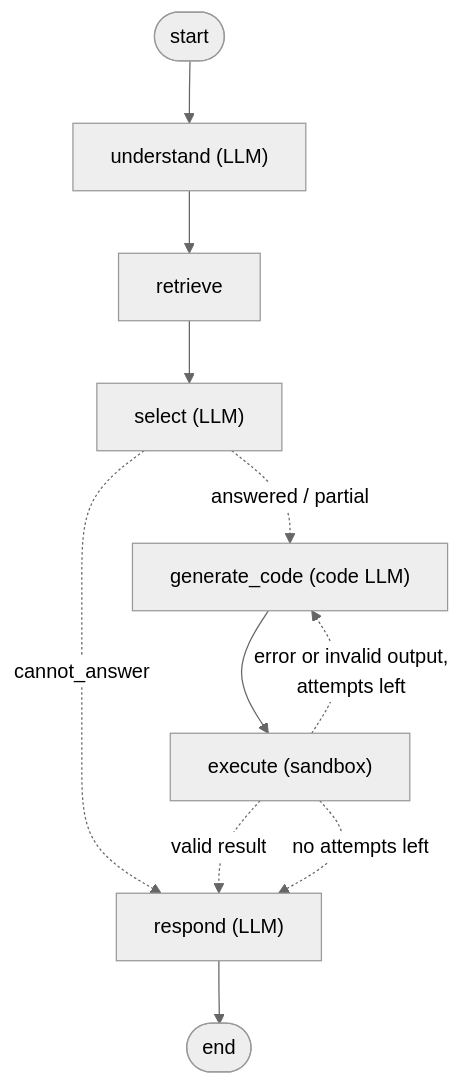
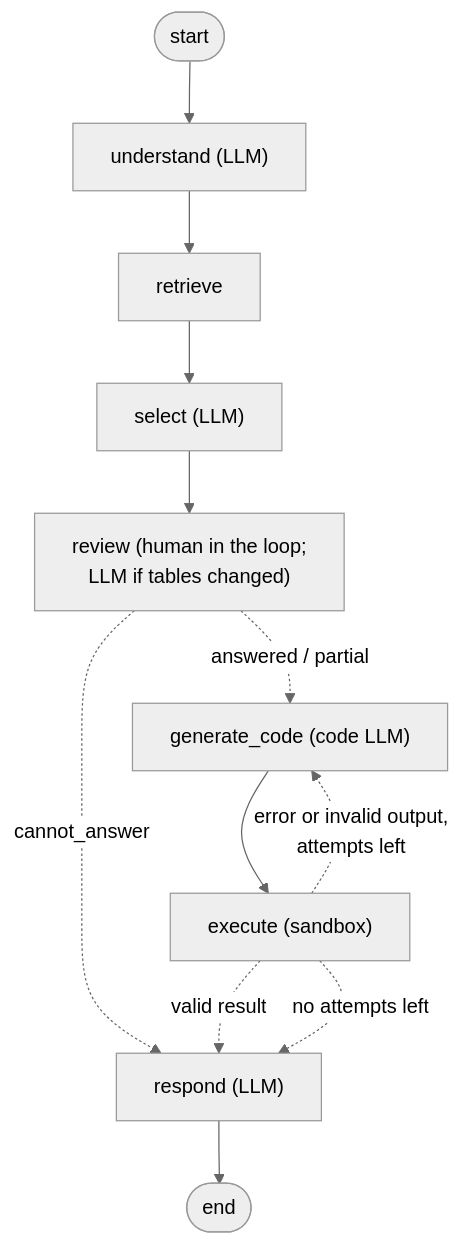
One commit to nicky-5/multiagent-systems-tp1 changed the third of 3 diagrams in README.md. Above: the diagram before and after it, drawn with Mermaid (neutral theme). The commit also changed other lines of this file and 9 other files, not shown here.

````diff
--- a/README.md
+++ b/README.md
@@ -189,13 +192,14 @@
 ```mermaid
 flowchart TD
     S([start]) --> understand["understand (LLM)"]
     understand --> retrieve
     retrieve --> select["select (LLM)"]
-    select -. "answered / partial" .-> generate_code["generate_code (code LLM)"]
-    select -. "cannot_answer" .-> respond["respond (LLM)"]
+    select --> review["review (human in the loop;<br/>LLM if tables changed)"]
+    review -. "answered / partial" .-> generate_code["generate_code (code LLM)"]
+    review -. "cannot_answer" .-> respond["respond (LLM)"]
     generate_code --> execute["execute (sandbox)"]
     execute -. "valid result" .-> respond
     execute -. "error or invalid output,<br/>attempts left" .-> generate_code
     execute -. "no attempts left" .-> respond
     respond --> E([end])
 ```
````
